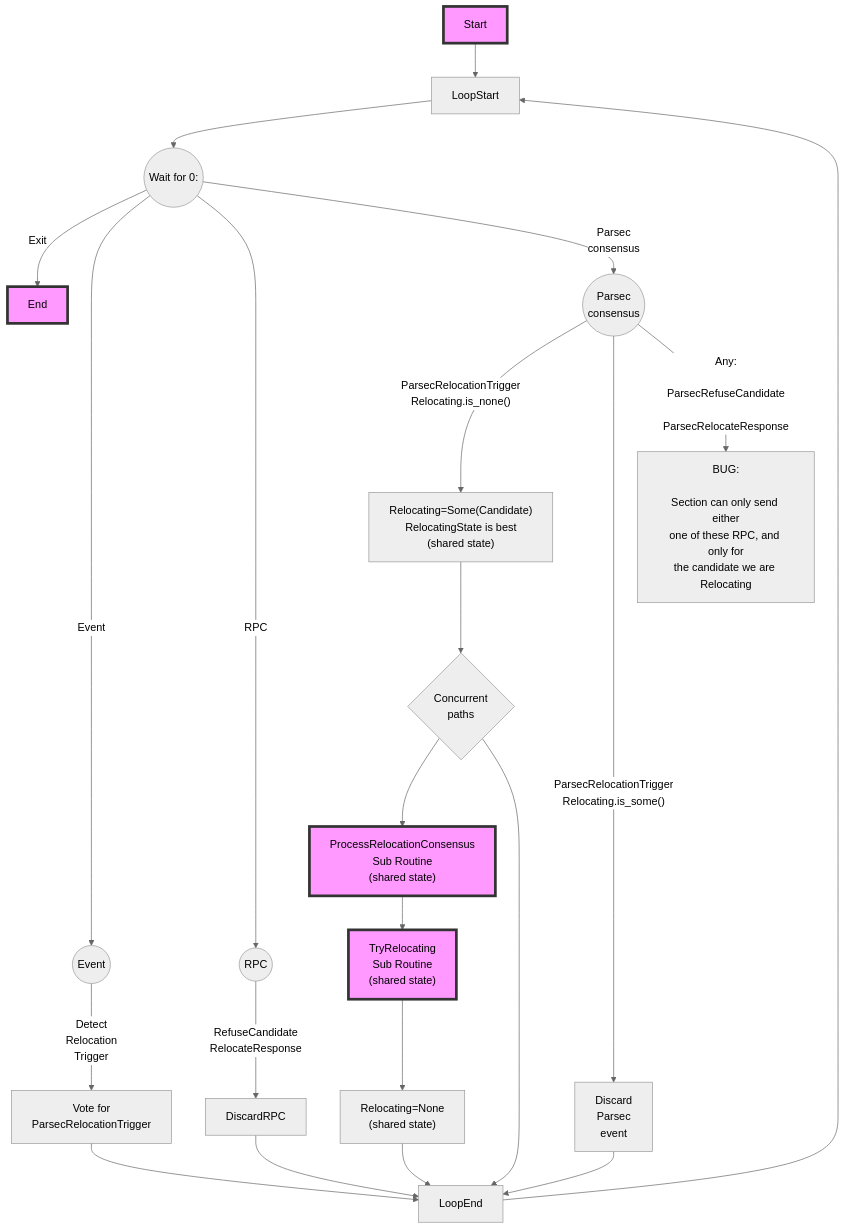
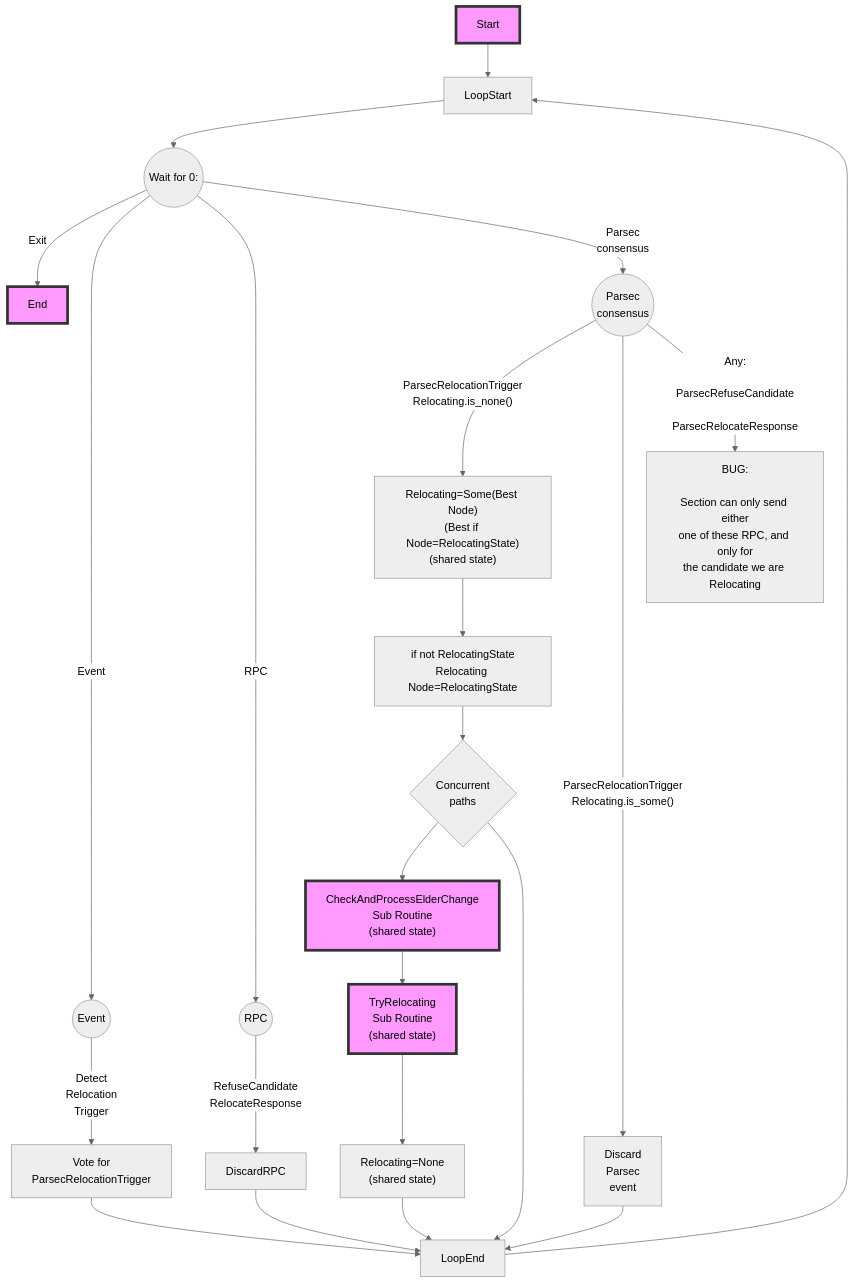
Before and after one commit to maidsafe/routing_model: the fourth of 5 diagrams in routing_model/flow.md, drawn with Mermaid (neutral theme). The commit also changed other lines of this file and 2 other files, not shown here.

Commit message:
Merge check elder flow add states, make symetrical, add html view.

````diff
--- a/routing_model/flow.md
+++ b/routing_model/flow.md
@@ -170,54 +173,57 @@
 ```mermaid
 graph TB
 
     Start --> LoopStart
     LoopEnd --> LoopStart
 
     style Start fill:#f9f,stroke:#333,stroke-width:4px
     style End fill:#f9f,stroke:#333,stroke-width:4px
 
     LoopStart --> WaitFor
 
     WaitFor((Wait for 0:))
     WaitFor --Exit--> End
     WaitFor --Event--> Event
     WaitFor --RPC--> RPC
     WaitFor --Parsec<br/>consensus--> ParsecConsensus
 
     Event((Event))
     Event -- Detect<br/>Relocation<br/>Trigger --> VoteParsecRelocationTrigger
     VoteParsecRelocationTrigger["Vote for<br/>ParsecRelocationTrigger"]
     VoteParsecRelocationTrigger --> LoopEnd
 
     RPC((RPC))
     RPC --RefuseCandidate<br/>RelocateResponse--> DiscardRPC
     DiscardRPC --> LoopEnd
 
     ParsecConsensus((Parsec<br/>consensus))
     DiscardParsec["Discard<br/>Parsec<br/>event"]
     Bug["BUG:<br/><br/>Section can only send either<br/>one of these RPC, and only for<br/>the candidate we are Relocating"]
 
     ParsecConsensus --"ParsecRelocationTrigger<br/>Relocating.is_none()"--> SetRelocating
     ParsecConsensus --"ParsecRelocationTrigger<br/>Relocating.is_some()"--> DiscardParsec
     ParsecConsensus --"Any:<br/><br/>ParsecRefuseCandidate<br/><br/>ParsecRelocateResponse"--> Bug
     Bug
     DiscardParsec --> LoopEnd
 
-    SetRelocating["Relocating=Some(Candidate)<br/>RelocatingState is best<br/>(shared state)"]
-    SetRelocating --> Concurrent0
+    SetRelocating["Relocating=Some(Best Node)<br/>(Best if Node=RelocatingState)<br/>(shared state)"]
+    SetRelocating --> SetRelocatingNodeState
+
+    SetRelocatingNodeState["if not RelocatingState<br/>Relocating Node=RelocatingState"]
+    SetRelocatingNodeState --> Concurrent0
 
     Concurrent0{"Concurrent<br/>paths"}
-    Concurrent0 --> ProcessRelocationConsensus
+    Concurrent0 --> CheckAndProcessElderChange
     Concurrent0 --> LoopEnd
 
-    ProcessRelocationConsensus["ProcessRelocationConsensus<br/>Sub Routine<br/>(shared state)"]
-    style ProcessRelocationConsensus fill:#f9f,stroke:#333,stroke-width:4px
-    ProcessRelocationConsensus --> TryRelocating
+    CheckAndProcessElderChange["CheckAndProcessElderChange<br/>Sub Routine<br/>(shared state)"]
+    style CheckAndProcessElderChange fill:#f9f,stroke:#333,stroke-width:4px
+    CheckAndProcessElderChange --> TryRelocating
 
     TryRelocating["TryRelocating<br/>Sub Routine<br/>(shared state)"]
     style TryRelocating fill:#f9f,stroke:#333,stroke-width:4px
     TryRelocating-->ResetRelocating
 
     ResetRelocating["Relocating=None<br/>(shared state)"]
     ResetRelocating --> LoopEnd
 ```
````
